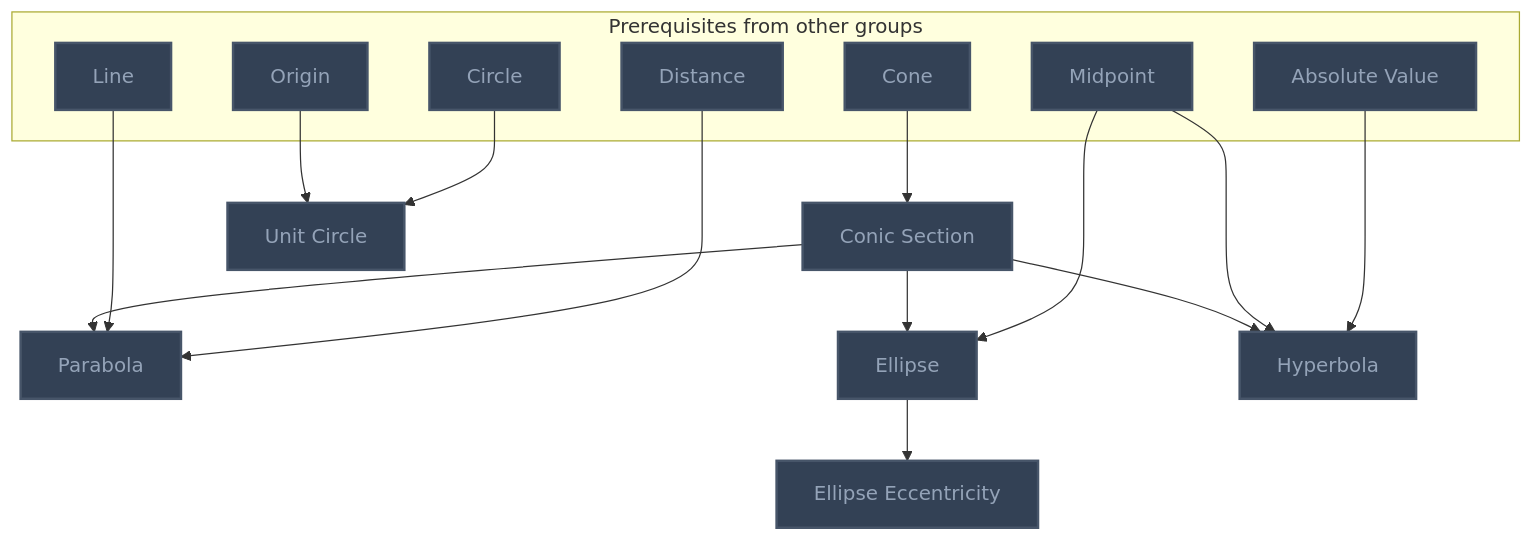
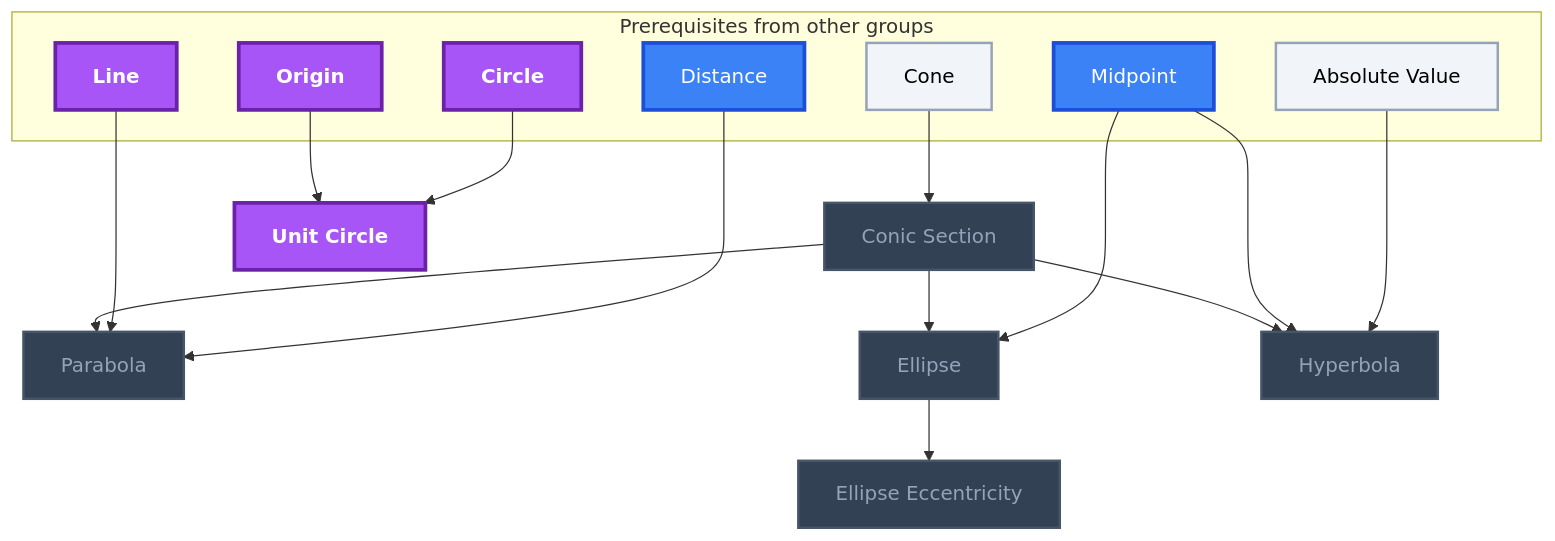
The seventh of 11 diagrams in Gamification/Skill Trees/Pre-Calculus.md (MRauf1/My-Notes), drawn with Mermaid before and after one commit. The commit also changed other lines of this file and 156 other files, not shown here.

````diff
--- a/Gamification/Skill Trees/Pre-Calculus.md
+++ b/Gamification/Skill Trees/Pre-Calculus.md
@@ -492,41 +509,44 @@
 ```mermaid
 flowchart TD
     classDef planned fill:#1E293B,stroke:#64748B,stroke-width:2px,stroke-dasharray:5 5,color:#94A3B8;
     classDef locked fill:#334155,stroke:#475569,stroke-width:2px,color:#94A3B8;
     classDef L0 fill:#F1F5F9,stroke:#94A3B8,stroke-width:2px,color:#000000;
     classDef L1 fill:#22C55E,stroke:#15803D,stroke-width:2px,color:#000000;
     classDef L2 fill:#3B82F6,stroke:#1D4ED8,stroke-width:3px,color:#FFFFFF;
     classDef L3 fill:#A855F7,stroke:#6B21A8,stroke-width:3px,color:#FFFFFF,font-weight:bold;
     classDef L4 fill:#F97316,stroke:#C2410C,stroke-width:4px,color:#000000,font-weight:bold;
     classDef L5 fill:#FFD700,stroke:#FF8C00,stroke-width:5px,color:#000000,font-weight:bold;
     classDef rusty stroke:#8B4513,stroke-width:4px,stroke-dasharray:3 3;
     subgraph sg_prereqs["Prerequisites from other groups"]
         n_cone["Cone"]
         n_circle["Circle"]
         n_origin["Origin"]
         n_distance["Distance"]
         n_line["Line"]
         n_midpoint["Midpoint"]
         n_absolute_value["Absolute Value"]
     end
     n_conic_section["Conic Section"]
     n_unit_circle["Unit Circle"]
     n_parabola["Parabola"]
     n_ellipse["Ellipse"]
     n_ellipse_eccentricity["Ellipse Eccentricity"]
     n_hyperbola["Hyperbola"]
     n_cone --> n_conic_section
     n_circle --> n_unit_circle
     n_origin --> n_unit_circle
     n_distance --> n_parabola
     n_line --> n_parabola
     n_conic_section --> n_parabola
     n_midpoint --> n_ellipse
     n_conic_section --> n_ellipse
     n_ellipse --> n_ellipse_eccentricity
     n_absolute_value --> n_hyperbola
     n_midpoint --> n_hyperbola
     n_conic_section --> n_hyperbola
-    class n_cone,n_circle,n_origin,n_distance,n_line,n_midpoint,n_absolute_value,n_conic_section,n_unit_circle,n_parabola,n_ellipse,n_ellipse_eccentricity,n_hyperbola locked;
+    class n_conic_section,n_parabola,n_ellipse,n_ellipse_eccentricity,n_hyperbola locked;
+    class n_cone,n_absolute_value L0;
+    class n_distance,n_midpoint L2;
+    class n_circle,n_origin,n_line,n_unit_circle L3;
     class n_cone,n_circle,n_origin,n_distance,n_line,n_midpoint,n_absolute_value,n_conic_section,n_unit_circle,n_parabola,n_ellipse,n_ellipse_eccentricity,n_hyperbola internal-link;
 ```
````
